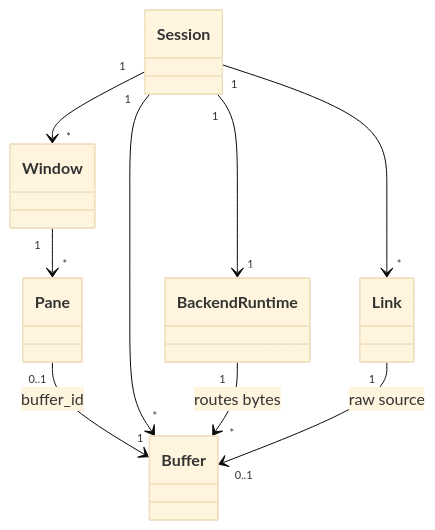
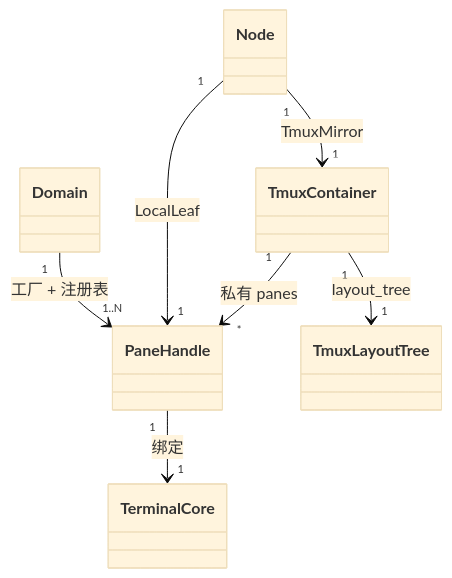
Before and after one commit to xiaoshan1234/xscore: the first of 5 diagrams in doc/arch/view-logic.md, drawn with Mermaid (base theme). The commit also changed other lines of this file and 4 other files, not shown here.

First line of the commit message:
refactor: update architecture documentation for terminal emulator

````diff
--- a/doc/arch/view-logic.md
+++ b/doc/arch/view-logic.md
@@ -34,11 +34,9 @@
 ```mermaid
 classDiagram
-    Session "1" --> "*" Window
-    Window "1" --> "*" Pane
-    Pane "0..1" --> "1" Buffer : buffer_id
-    Session "1" --> "*" Link
-    Session "1" --> "*" Buffer
-    Session "1" --> "1" BackendRuntime
-    BackendRuntime "1" --> "*" Buffer : routes bytes
-    Link "1" --> "0..1" Buffer : raw source
+    Domain "1" --> "1..N" PaneHandle : 工厂 + 注册表
+    PaneHandle "1" --> "1" TerminalCore : 绑定
+    Node "1" --> "1" PaneHandle : LocalLeaf
+    Node "1" --> "1" TmuxContainer : TmuxMirror
+    TmuxContainer "1" --> "*" PaneHandle : 私有 panes
+    TmuxContainer "1" --> "1" TmuxLayoutTree : layout_tree
 ```
````
